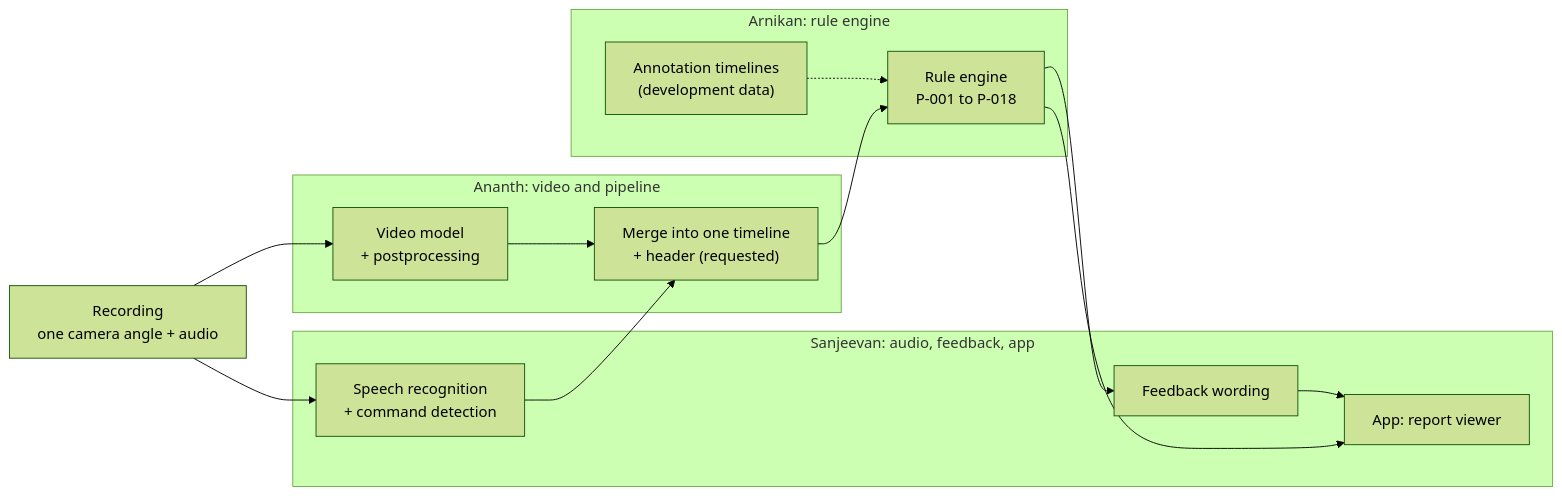
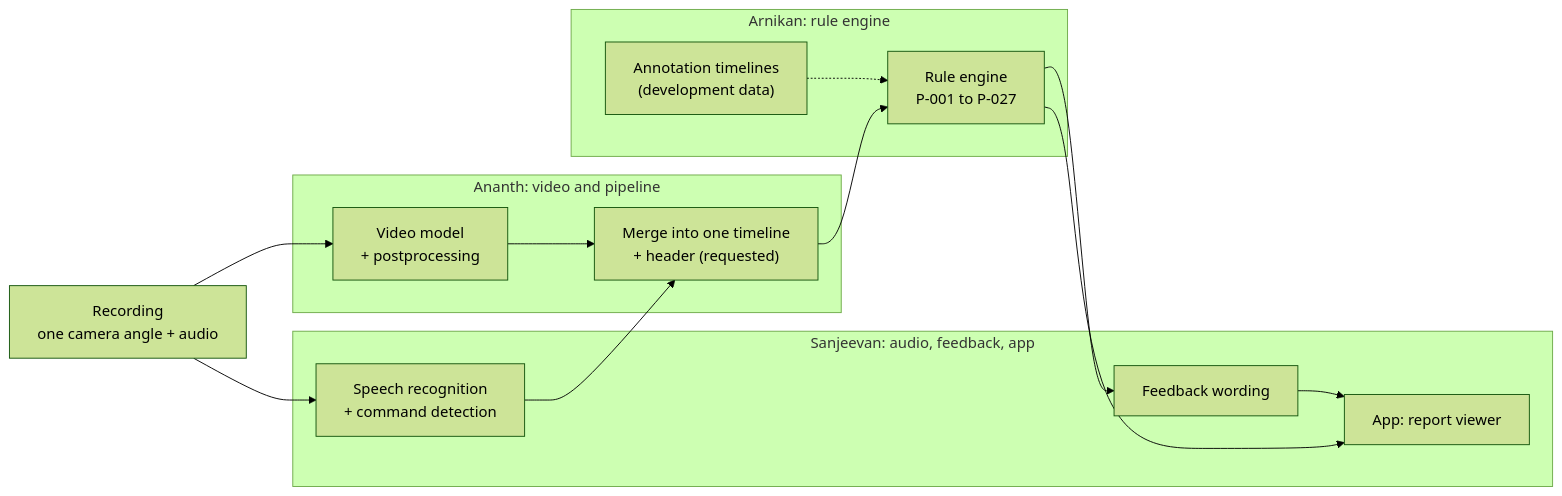
The first of 8 diagrams in docs/rule_engine/diagrams.md (ananthu65/defibrillator_research), drawn with Mermaid (forest theme) before and after one commit. The commit also changed other lines of this file and 18 other files, not shown here.

````diff
--- a/docs/rule_engine/diagrams.md
+++ b/docs/rule_engine/diagrams.md
@@ -9,23 +9,23 @@
 ```mermaid
 flowchart LR
     rec["Recording<br/>one camera angle + audio"]
     subgraph ananth["Ananth: video and pipeline"]
         vid["Video model<br/>+ postprocessing"]
         merge["Merge into one timeline<br/>+ header (requested)"]
     end
     subgraph sanjeevan["Sanjeevan: audio, feedback, app"]
         asr["Speech recognition<br/>+ command detection"]
         fb["Feedback wording"]
         app["App: report viewer"]
     end
     subgraph arnikan["Arnikan: rule engine"]
-        eng["Rule engine<br/>P-001 to P-018"]
+        eng["Rule engine<br/>P-001 to P-027"]
         ann["Annotation timelines<br/>(development data)"]
     end
     rec --> vid --> merge
     rec --> asr --> merge
     merge --> eng
     ann -.-> eng
     eng --> fb --> app
     eng --> app
 ```
````
